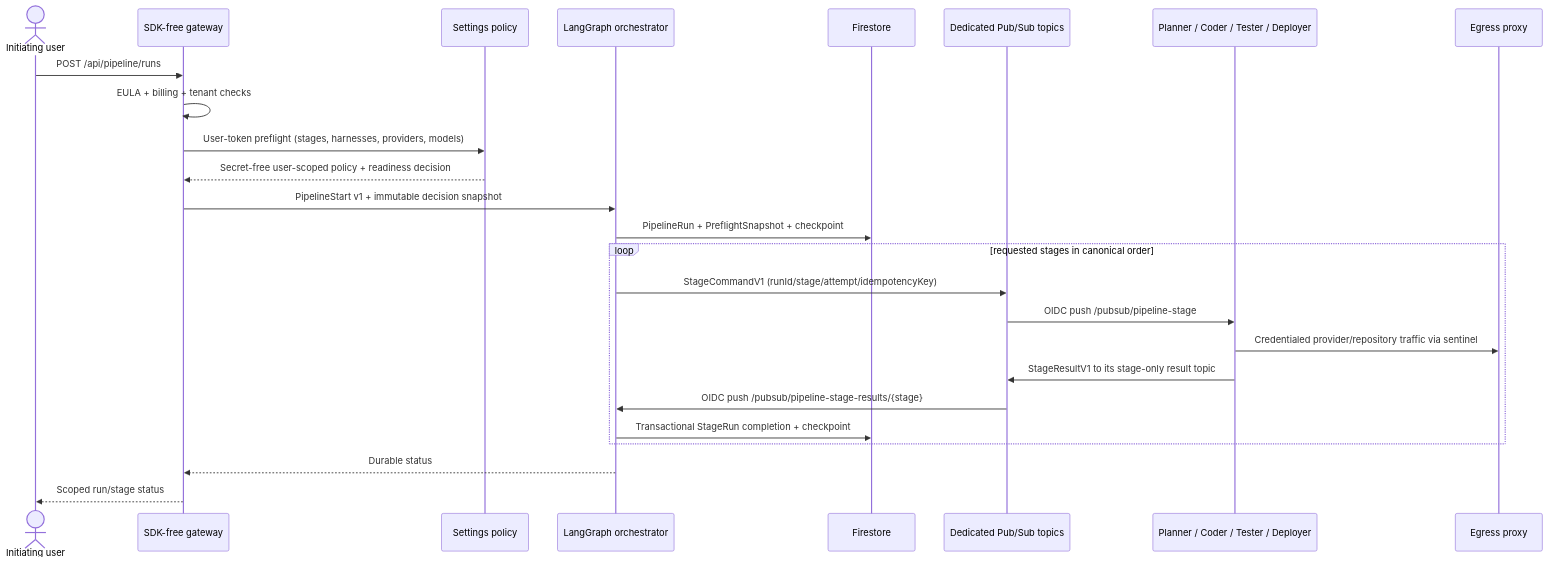
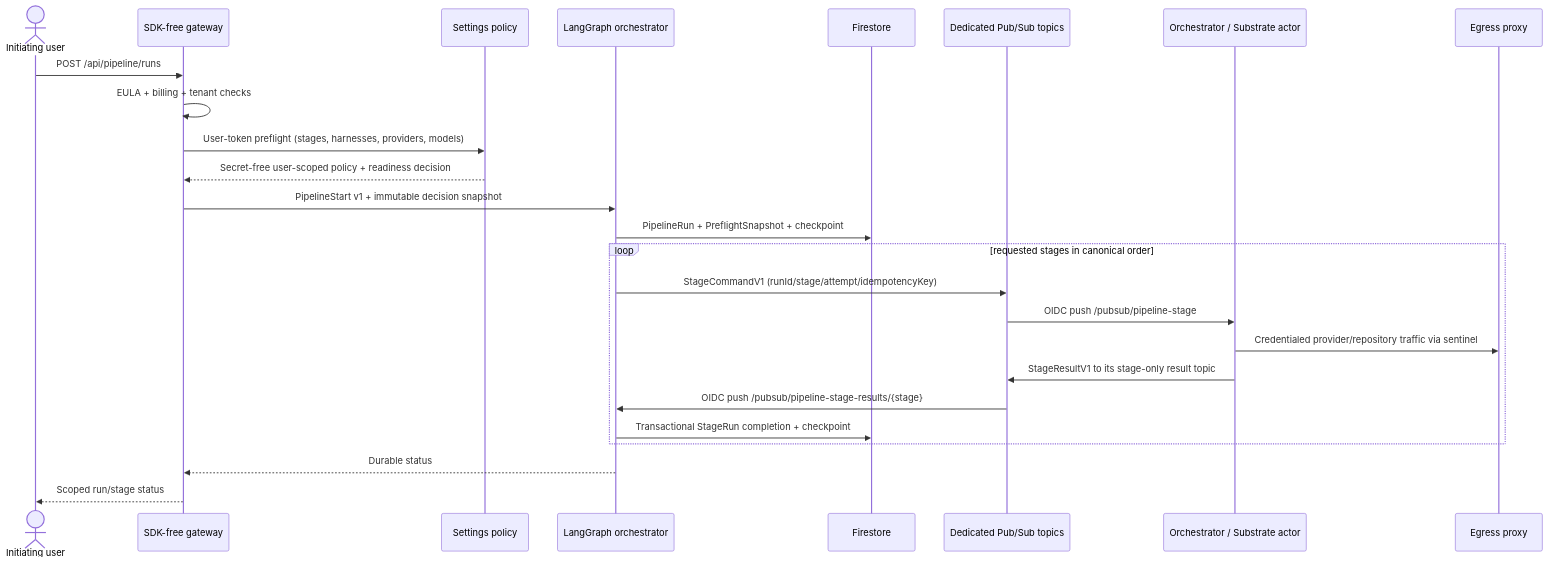
One commit to niravshah2705/symphony changed the first of 5 diagrams in docs/REQUEST_FLOW_DIAGRAM.md. Above: the diagram before and after it, drawn with Mermaid. The commit also changed other lines of this file and 103 other files, not shown here.

````diff
--- a/docs/REQUEST_FLOW_DIAGRAM.md
+++ b/docs/REQUEST_FLOW_DIAGRAM.md
@@ -11,28 +11,28 @@
 ```mermaid
 sequenceDiagram
   actor U as Initiating user
   participant G as SDK-free gateway
   participant S as Settings policy
   participant O as LangGraph orchestrator
   participant F as Firestore
   participant Q as Dedicated Pub/Sub topics
-  participant A as Planner / Coder / Tester / Deployer
+  participant A as Orchestrator / Substrate actor
   participant P as Egress proxy
 
   U->>G: POST /api/pipeline/runs
   G->>G: EULA + billing + tenant checks
   G->>S: User-token preflight (stages, harnesses, providers, models)
   S-->>G: Secret-free user-scoped policy + readiness decision
   G->>O: PipelineStart v1 + immutable decision snapshot
   O->>F: PipelineRun + PreflightSnapshot + checkpoint
   loop requested stages in canonical order
     O->>Q: StageCommandV1 (runId/stage/attempt/idempotencyKey)
     Q->>A: OIDC push /pubsub/pipeline-stage
     A->>P: Credentialed provider/repository traffic via sentinel
     A->>Q: StageResultV1 to its stage-only result topic
     Q->>O: OIDC push /pubsub/pipeline-stage-results/{stage}
     O->>F: Transactional StageRun completion + checkpoint
   end
   O-->>G: Durable status
   G-->>U: Scoped run/stage status
 ```
````
